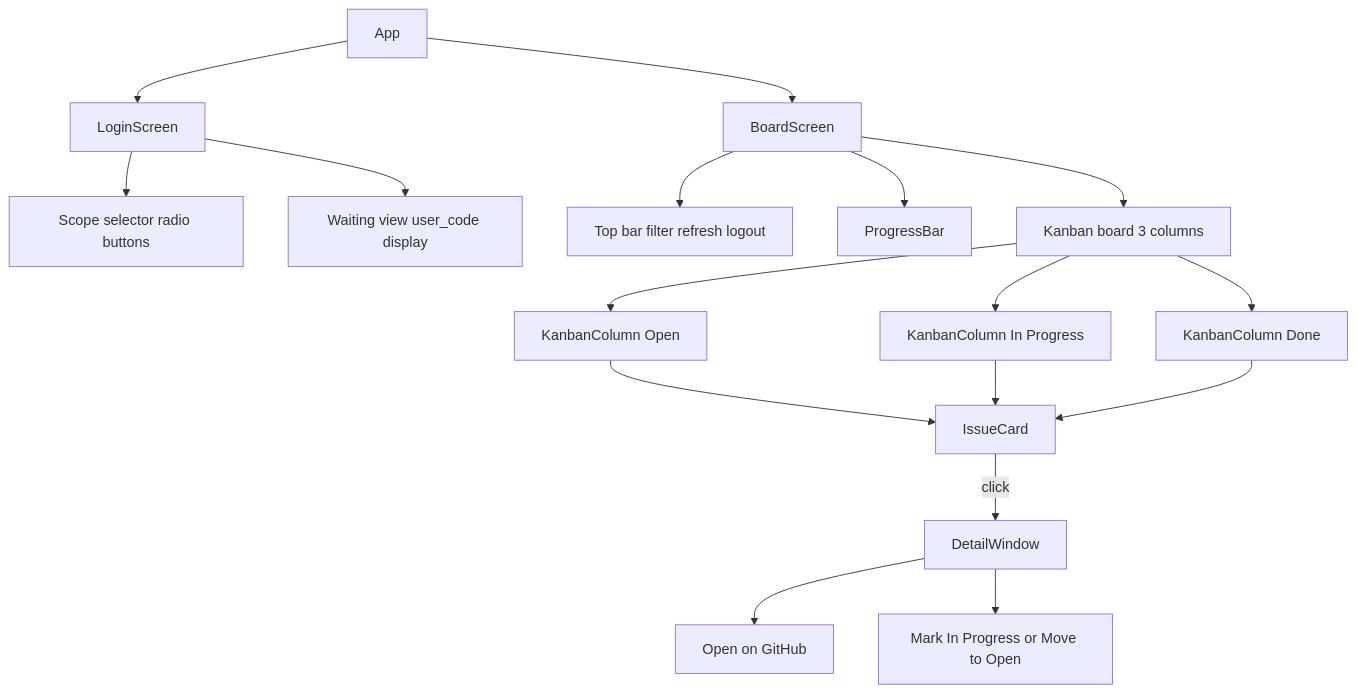
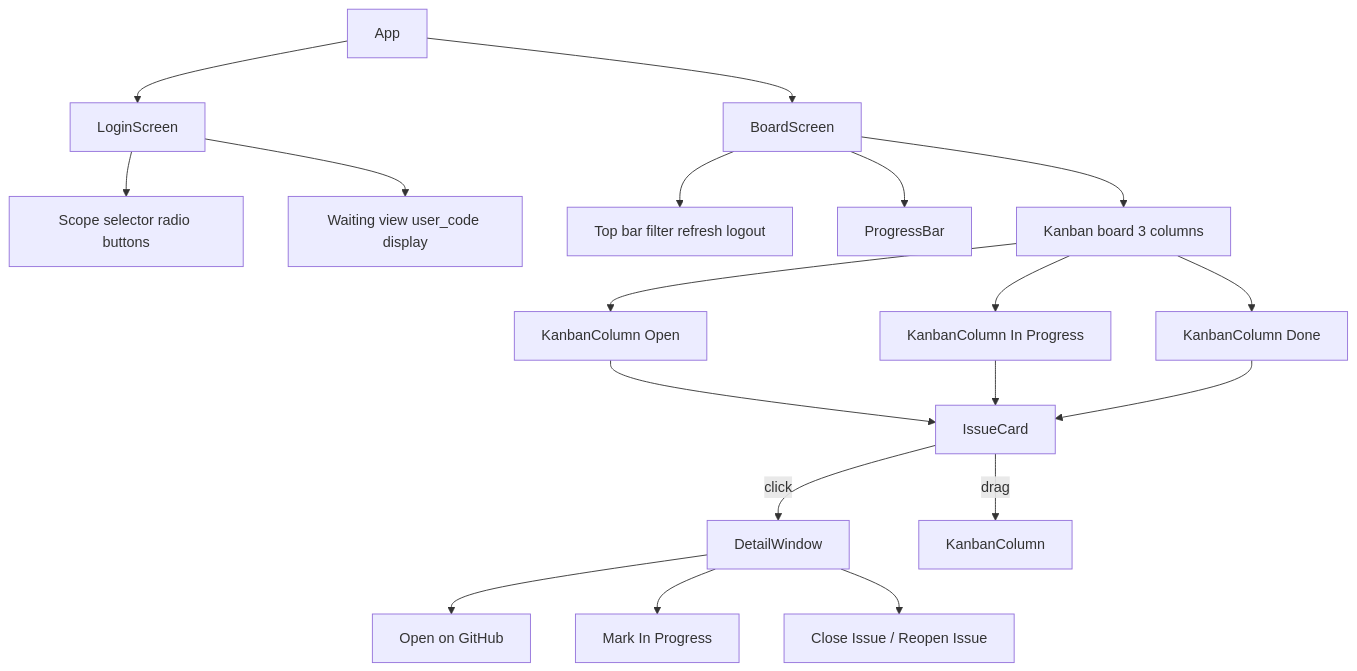
One commit to Gabriel-V-Maia/issueboard changed the seventh of 9 diagrams in ARCHITECTURE.md. Above: the diagram before and after it, drawn with Mermaid. The commit also changed other lines of this file, not shown here.

Commit message:
docs: Enhance architecture documentation with new flows

````diff
--- a/ARCHITECTURE.md
+++ b/ARCHITECTURE.md
@@ -132,17 +179,19 @@
 ```mermaid
 graph TD
     App --> LoginScreen
     App --> BoardScreen
     LoginScreen --> ScopeSelector[Scope selector radio buttons]
     LoginScreen --> WaitingView[Waiting view user_code display]
     BoardScreen --> TopBar[Top bar filter refresh logout]
     BoardScreen --> ProgressBar
     BoardScreen --> KanbanBoard[Kanban board 3 columns]
     KanbanBoard --> ColOpen[KanbanColumn Open]
     KanbanBoard --> ColWIP[KanbanColumn In Progress]
     KanbanBoard --> ColDone[KanbanColumn Done]
     ColOpen & ColWIP & ColDone --> IssueCard
     IssueCard -- click --> DetailWindow
+    IssueCard -- drag --> KanbanColumn
     DetailWindow --> OpenGitHub[Open on GitHub]
-    DetailWindow --> ToggleWIP[Mark In Progress or Move to Open]
+    DetailWindow --> ToggleWIP[Mark In Progress]
+    DetailWindow --> CloseIssue[Close Issue / Reopen Issue]
 ```
````
